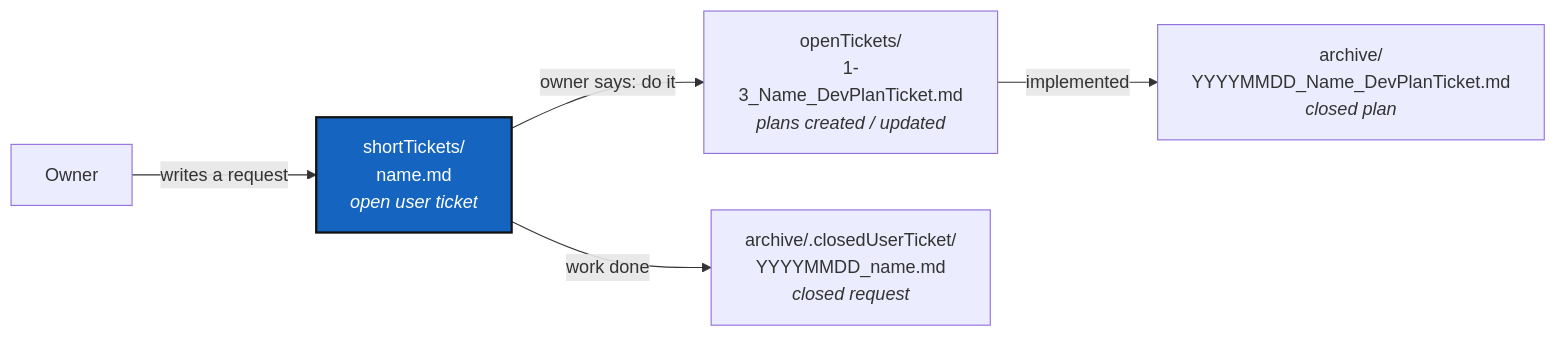
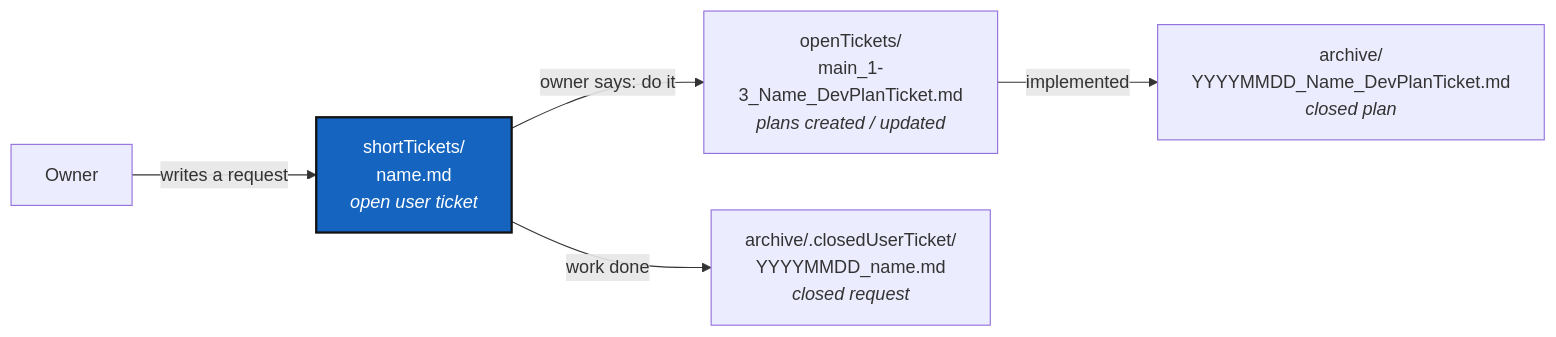
One commit to flipoyo/.localSpec changed the diagram in DevTickets/README.md. Above: the diagram before and after it, drawn with Mermaid. The commit also changed other lines of this file and 15 other files, not shown here.

Commit message:
cgitsync2.55 A ticket's filename now starts with the branch its work lands on, so you can see where a plan goes before opening it. The memDev- prefix is gone: the branch already said it

````diff
--- a/DevTickets/README.md
+++ b/DevTickets/README.md
@@ -41,10 +42,10 @@
 ```mermaid
 graph LR
     U["Owner"] -->|writes a request| S["shortTickets/<br/>name.md<br/><i>open user ticket</i>"]
-    S -->|"owner says: do it"| O["openTickets/<br/>1-3_Name_DevPlanTicket.md<br/><i>plans created / updated</i>"]
+    S -->|"owner says: do it"| O["openTickets/<br/>main_1-3_Name_DevPlanTicket.md<br/><i>plans created / updated</i>"]
     S -->|"work done"| C["archive/.closedUserTicket/<br/>YYYYMMDD_name.md<br/><i>closed request</i>"]
     O -->|implemented| A["archive/<br/>YYYYMMDD_Name_DevPlanTicket.md<br/><i>closed plan</i>"]
 
     classDef here fill:#1565C0,color:#fff,stroke:#111,stroke-width:2px;
     class S here;
 ```
````
